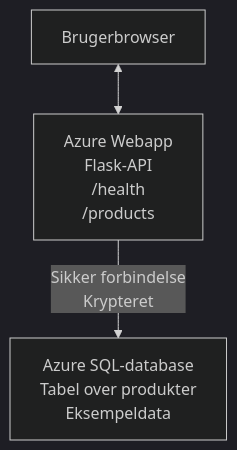
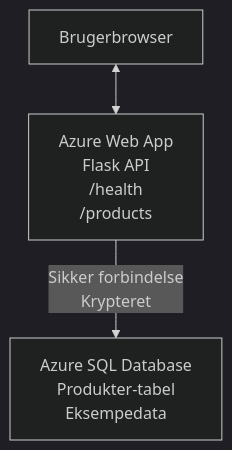
One commit to microsoft/AZD-for-beginners changed the diagram in translations/da/examples/database-app/README.md. Above: the diagram before and after it, drawn with Mermaid (dark theme). The commit also changed other lines of this file and 101 other files, not shown here.

````diff
--- a/translations/da/examples/database-app/README.md
+++ b/translations/da/examples/database-app/README.md
@@ -72,5 +72,5 @@
 ```mermaid
 graph TD
-    Browser[Brugerbrowser] <--> WebApp[Azure Webapp<br/>Flask-API<br/>/health<br/>/products]
-    WebApp -- Sikker forbindelse<br/>Krypteret --> SQL[Azure SQL-database<br/>Tabel over produkter<br/>Eksempeldata]
+    Browser[Brugerbrowser] <--> WebApp[Azure Web App<br/>Flask API<br/>/health<br/>/products]
+    WebApp -- Sikker forbindelse<br/>Krypteret --> SQL[Azure SQL Database<br/>Produkter-tabel<br/>Eksempedata]
 ```
````
